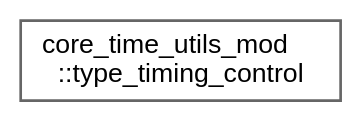
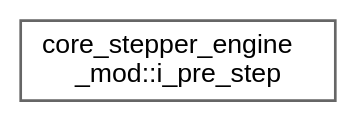
One commit to mayhl/FUNWAVE-TVD changed the diagram in release/v4.0-beta/inherit_graph_19.dot. Above: the diagram before and after it, drawn with Graphviz. The commit also changed 402 other files, not shown here.

```diff
--- a/release/v4.0-beta/inherit_graph_19.dot
+++ b/release/v4.0-beta/inherit_graph_19.dot
@@ -1,9 +1,9 @@
 digraph "Graphical Class Hierarchy"
 {
  // LATEX_PDF_SIZE
   bgcolor="transparent";
   edge [fontname=Helvetica,fontsize=10,labelfontname=Helvetica,labelfontsize=10];
   node [fontname=Helvetica,fontsize=10,shape=box,height=0.2,width=0.4];
   rankdir="LR";
-  Node0 [id="Node000000",label="core_time_utils_mod\l::type_timing_control",height=0.2,width=0.4,color="grey40", fillcolor="white", style="filled",URL="$structcore__time__utils__mod_1_1type__timing__control.html",tooltip=" "];
+  Node0 [id="Node000000",label="core_stepper_engine\l_mod::i_pre_step",height=0.2,width=0.4,color="grey40", fillcolor="white", style="filled",URL="$interfacecore__stepper__engine__mod_1_1i__pre__step.html",tooltip=" "];
 }
```
